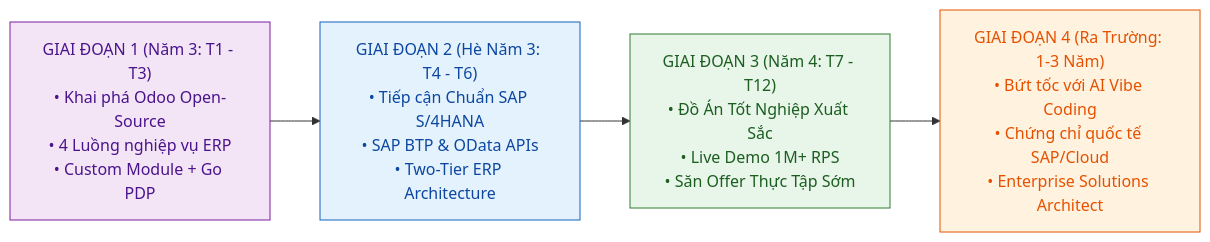
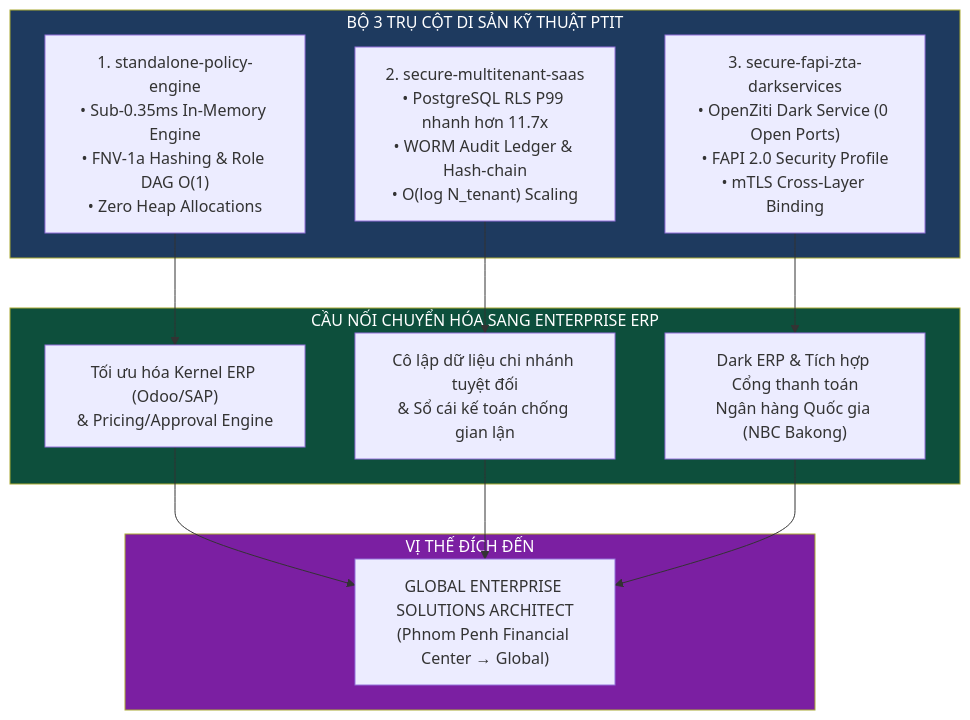
One commit to Rochthii/standalone-policy-engine changed the diagram in docs/career-roadmap/00_OVERVIEW.md. Above: the diagram before and after it, drawn with Mermaid. The commit also changed other lines of this file and 2 other files, not shown here.

Commit message:
feat(roadmap): incorporate PTIT CLC, 3 project pillars and international market strategy

````diff
--- a/docs/career-roadmap/00_OVERVIEW.md
+++ b/docs/career-roadmap/00_OVERVIEW.md
@@ -33,12 +15,27 @@
 ```mermaid
-flowchart LR
-    P1["GIAI ĐOẠN 1 (Năm 3: T1 - T3)\n• Khai phá Odoo Open-Source\n• 4 Luồng nghiệp vụ ERP\n• Custom Module + Go PDP"] 
-    --> P2["GIAI ĐOẠN 2 (Hè Năm 3: T4 - T6)\n• Tiếp cận Chuẩn SAP S/4HANA\n• SAP BTP & OData APIs\n• Two-Tier ERP Architecture"]
-    --> P3["GIAI ĐOẠN 3 (Năm 4: T7 - T12)\n• Đồ Án Tốt Nghiệp Xuất Sắc\n• Live Demo 1M+ RPS\n• Săn Offer Thực Tập Sớm"]
-    --> P4["GIAI ĐOẠN 4 (Ra Trường: 1-3 Năm)\n• Bứt tốc với AI Vibe Coding\n• Chứng chỉ quốc tế SAP/Cloud\n• Enterprise Solutions Architect"]
+flowchart TD
+    subgraph CorePillars["BỘ 3 TRỤ CỘT DI SẢN KỸ THUẬT PTIT"]
+        P1["1. standalone-policy-engine\n• Sub-0.35ms In-Memory Engine\n• FNV-1a Hashing & Role DAG O(1)\n• Zero Heap Allocations"]
+        P2["2. secure-multitenant-saas\n• PostgreSQL RLS P99 nhanh hơn 11.7x\n• WORM Audit Ledger & Hash-chain\n• O(log N_tenant) Scaling"]
+        P3["3. secure-fapi-zta-darkservices\n• OpenZiti Dark Service (0 Open Ports)\n• FAPI 2.0 Security Profile\n• mTLS Cross-Layer Binding"]
+    end
 
-    style P1 fill:#f3e5f5,stroke:#7b1fa2,color:#4a148c
-    style P2 fill:#e3f2fd,stroke:#1565c0,color:#0d47a1
-    style P3 fill:#e8f5e9,stroke:#2e7d32,color:#1b5e20
-    style P4 fill:#fff3e0,stroke:#e65100,color:#e65100
+    subgraph Transformation["CẦU NỐI CHUYỂN HÓA SANG ENTERPRISE ERP"]
+        T1["Tối ưu hóa Kernel ERP (Odoo/SAP)\n& Pricing/Approval Engine"]
+        T2["Cô lập dữ liệu chi nhánh tuyệt đối\n& Sổ cái kế toán chống gian lận"]
+        T3["Dark ERP & Tích hợp Cổng thanh toán\nNgân hàng Quốc gia (NBC Bakong)"]
+    end
+
+    subgraph Target["VỊ THẾ ĐÍCH ĐẾN"]
+        Architect["GLOBAL ENTERPRISE SOLUTIONS ARCHITECT\n(Phnom Penh Financial Center → Global)"]
+    end
+
+    P1 --> T1
+    P2 --> T2
+    P3 --> T3
+    T1 & T2 & T3 --> Architect
+
+    style CorePillars fill:#1e3a5f,color:#fff
+    style Transformation fill:#0d4f3c,color:#fff
+    style Target fill:#7b1fa2,color:#fff
 ```
````
